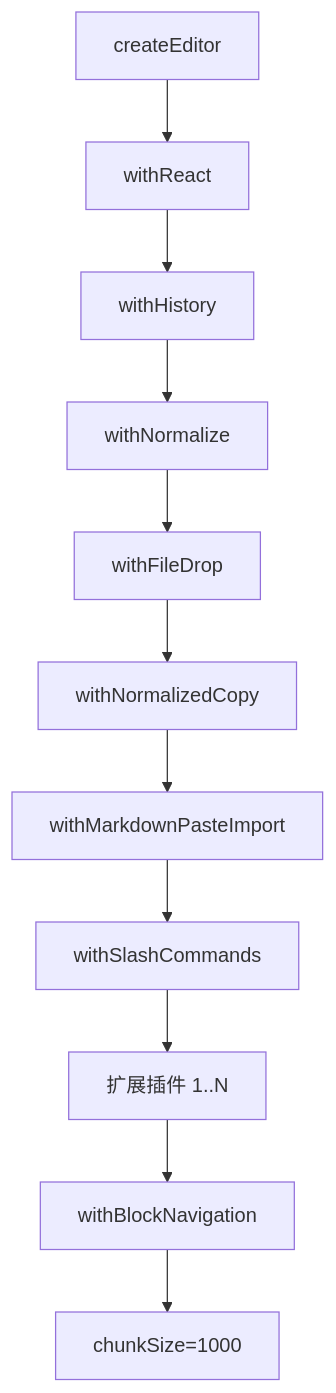
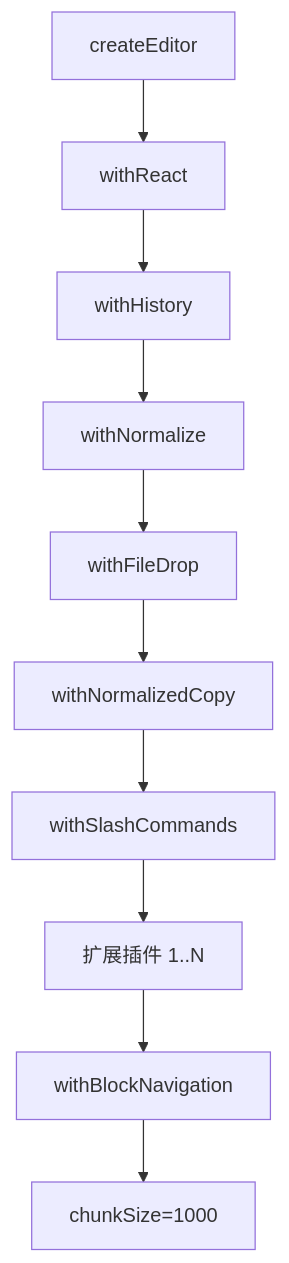
The diagram in docs/editor/编辑器技术细节指南.md (LastKnightCoder/editor), drawn with Mermaid before and after one commit. The commit also changed other lines of this file and 209 other files, not shown here.

````diff
--- a/docs/editor/编辑器技术细节指南.md
+++ b/docs/editor/编辑器技术细节指南.md
@@ -46,13 +46,12 @@
 ```mermaid
 graph TD
   A[createEditor] --> B[withReact]
   B --> C[withHistory]
   C --> D[withNormalize]
   D --> E[withFileDrop]
   E --> F[withNormalizedCopy]
-  F --> G[withMarkdownPasteImport]
-  G --> H[withSlashCommands]
-  H --> I[扩展插件 1..N]
-  I --> J[withBlockNavigation]
-  J --> K[chunkSize=1000]
+  F --> G[withSlashCommands]
+  G --> H[扩展插件 1..N]
+  H --> I[withBlockNavigation]
+  I --> J[chunkSize=1000]
 ```
````
